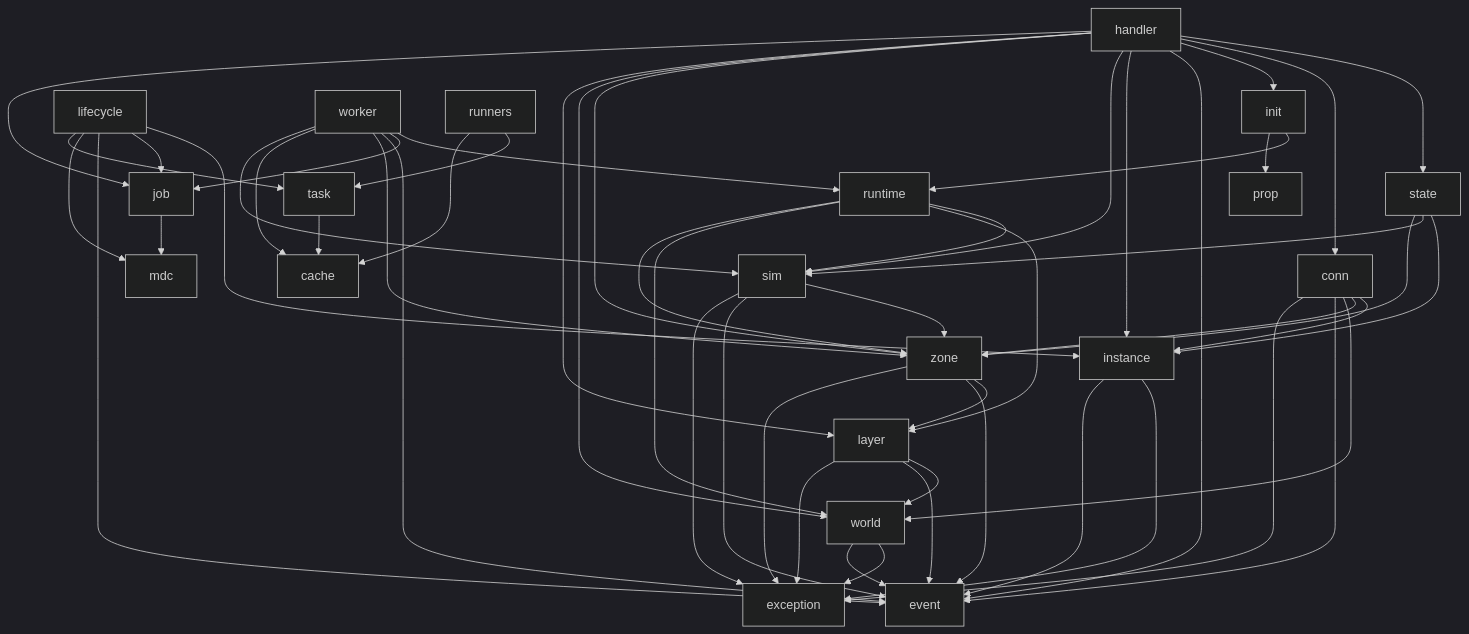
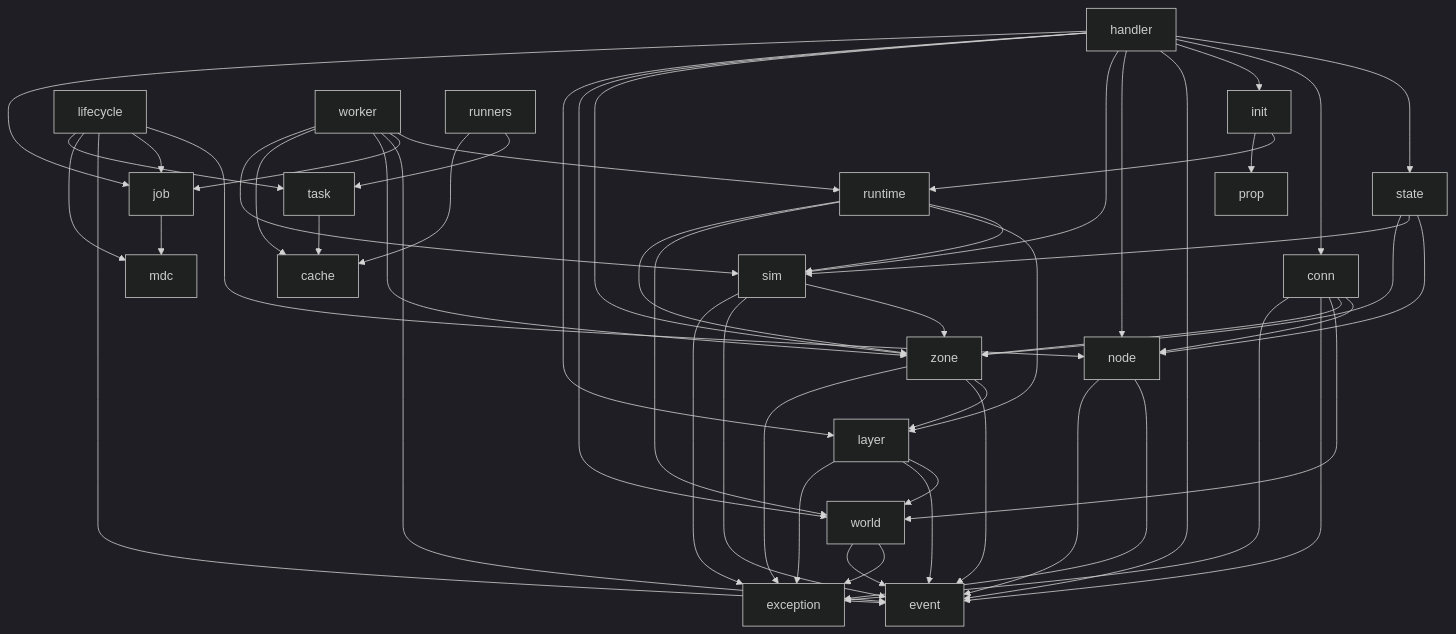
One commit to crionuke/omgcluster changed the diagram in MODULES.md. Above: the diagram before and after it, drawn with Mermaid (dark theme). The commit also changed 78 other files, not shown here.

````diff
--- a/MODULES.md
+++ b/MODULES.md
@@ -1,69 +1,69 @@
 ```mermaid
 graph TD
     handler --> state
     handler --> conn
     handler --> init
     handler --> event
-    handler --> instance
+    handler --> node
     handler --> sim
     handler --> zone
     handler --> world
     handler --> layer
     handler --> job
 
-    lifecycle --> instance
+    lifecycle --> node
     lifecycle --> job
     lifecycle --> event
     lifecycle --> mdc
     lifecycle --> task
 
     init --> runtime
     init --> prop
 
-    state --> instance
+    state --> node
     state --> sim
     state --> zone
 
     runtime --> sim
     runtime --> layer
     runtime --> world
     runtime --> zone
 
-    conn --> instance
+    conn --> node
     conn --> zone
     conn --> world
     conn --> event
     conn --> exception
 
     sim --> zone
     sim --> event
     sim --> exception
 
     zone --> layer
     zone --> event
     zone --> exception
 
     layer --> world
     layer --> event
     layer --> exception
 
     world --> exception
     world --> event
 
-    instance --> exception
-    instance --> event
+    node --> exception
+    node --> event
 
     job --> mdc
 
     worker --> runtime
     worker --> job
     worker --> event
     worker --> zone
     worker --> cache
     worker --> sim
 
     task --> cache
 
     runners --> task
     runners --> cache
 ```
````
